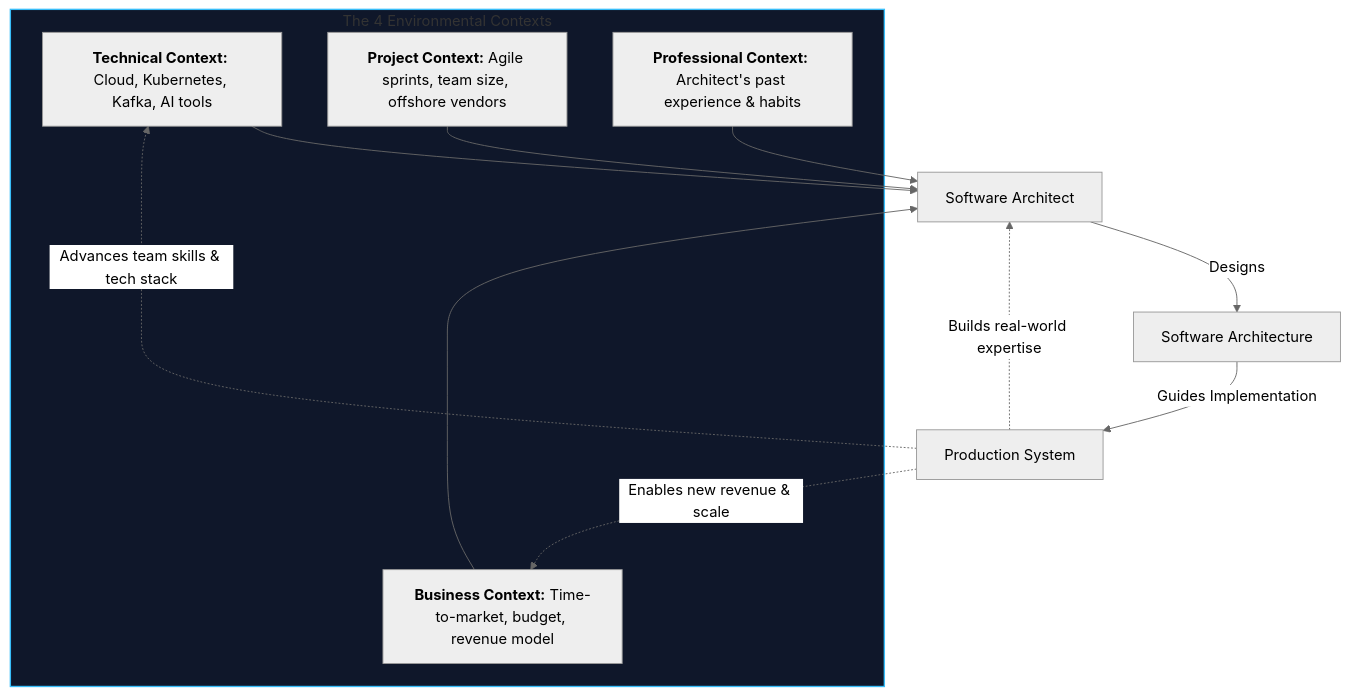
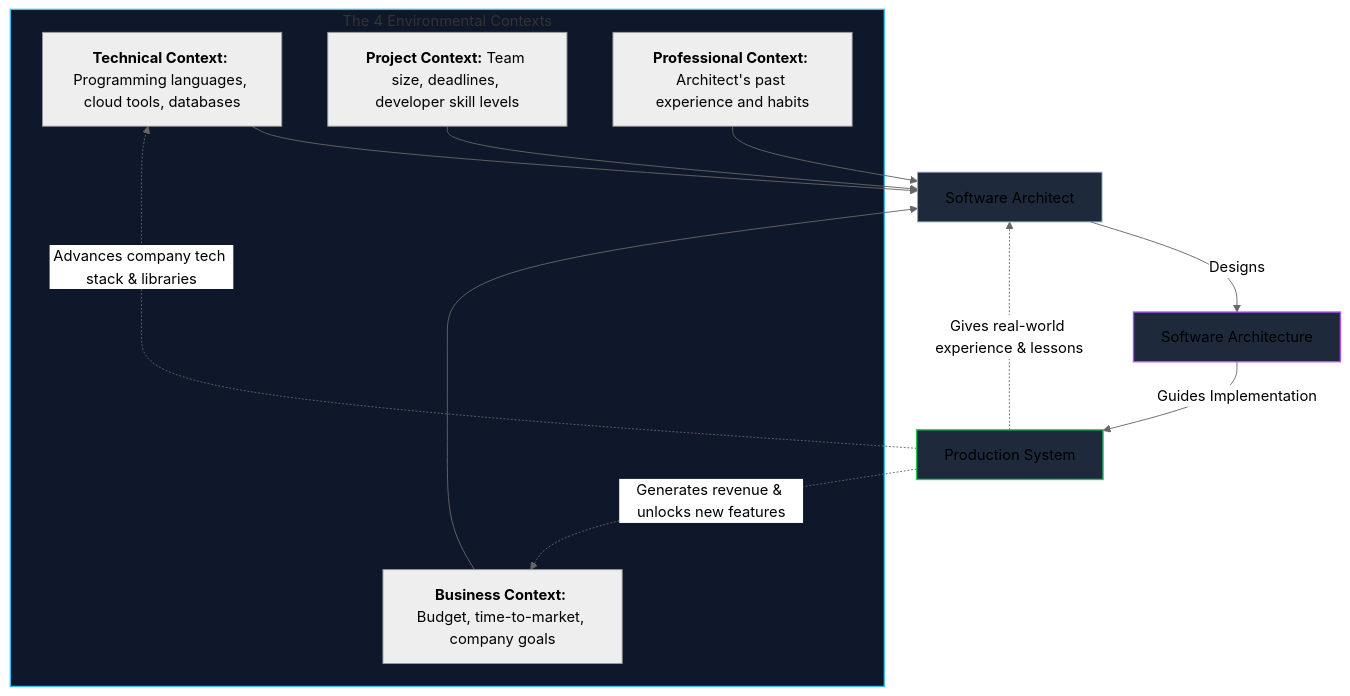
One commit to shreyash2601/bits-notes changed the first of 2 diagrams in Software Architectures/Lecture 1/Lecture_01_Notes.md. Above: the diagram before and after it, drawn with Mermaid (neutral theme). The commit also changed other lines of this file and 31 other files, not shown here.

````diff
--- a/Software Architectures/Lecture 1/Lecture_01_Notes.md
+++ b/Software Architectures/Lecture 1/Lecture_01_Notes.md
@@ -225,23 +151,26 @@
 ```mermaid
 flowchart TD
-    subgraph INFLUENCE ["The 4 Environmental Contexts"]
-        TC["<b>Technical Context:</b> Cloud, Kubernetes, Kafka, AI tools"]
-        BC["<b>Business Context:</b> Time-to-market, budget, revenue model"]
-        PC["<b>Project Context:</b> Agile sprints, team size, offshore vendors"]
-        PR["<b>Professional Context:</b> Architect's past experience & habits"]
+    subgraph CONTEXTS ["The 4 Environmental Contexts"]
+        TC["<b>Technical Context:</b> Programming languages, cloud tools, databases"]
+        BC["<b>Business Context:</b> Budget, time-to-market, company goals"]
+        PC["<b>Project Context:</b> Team size, deadlines, developer skill levels"]
+        PR["<b>Professional Context:</b> Architect's past experience and habits"]
     end
 
     ARCHITECT["Software Architect"]
     ARCHITECTURE["Software Architecture"]
     SYSTEM["Production System"]
 
     TC & BC & PC & PR --> ARCHITECT
     ARCHITECT -->|Designs| ARCHITECTURE
     ARCHITECTURE -->|Guides Implementation| SYSTEM
 
-    SYSTEM -.->|Enables new revenue & scale| BC
-    SYSTEM -.->|Advances team skills & tech stack| TC
-    SYSTEM -.->|Builds real-world expertise| ARCHITECT
+    SYSTEM -.->|Generates revenue & unlocks new features| BC
+    SYSTEM -.->|Advances company tech stack & libraries| TC
+    SYSTEM -.->|Gives real-world experience & lessons| ARCHITECT
 
-    style INFLUENCE fill:#0f172a,stroke:#38bdf8,stroke-width:1.5px
+    style CONTEXTS fill:#0f172a,stroke:#38bdf8,stroke-width:1.5px
+    style ARCHITECT fill:#1e293b,stroke:#94a3b8,stroke-width:1px
+    style ARCHITECTURE fill:#1e293b,stroke:#a855f7,stroke-width:1.5px
+    style SYSTEM fill:#1e293b,stroke:#22c55e,stroke-width:1.5px
 ```
````
